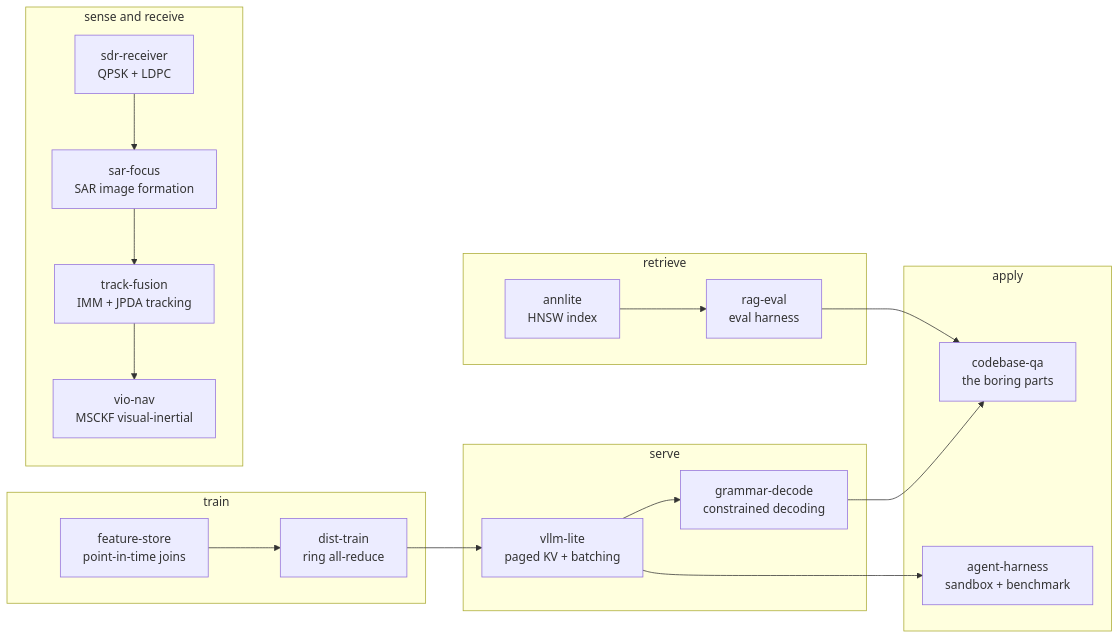
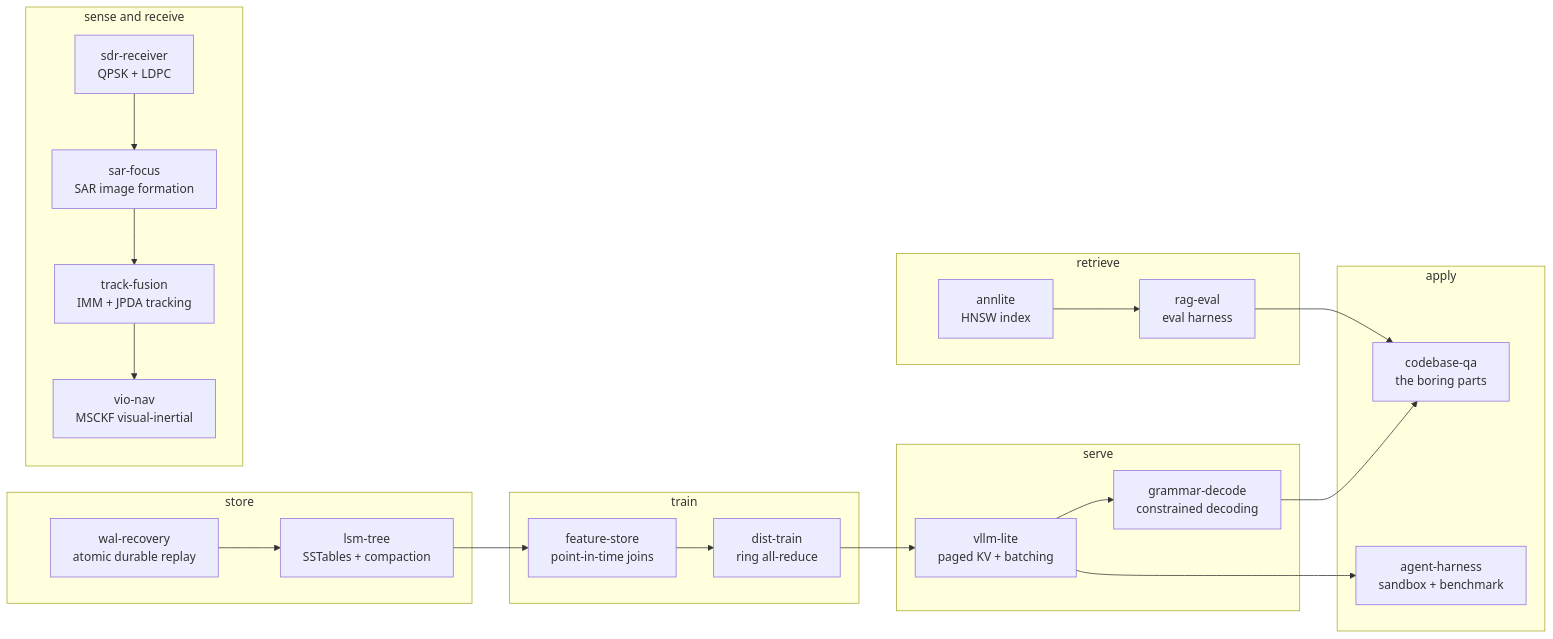
One commit to asp53826/asp53826 changed the diagram in README.md. Above: the diagram before and after it, drawn with Mermaid. The commit also changed other lines of this file and 4 other files, not shown here.

````diff
--- a/README.md
+++ b/README.md
@@ -58,31 +60,35 @@
 ```mermaid
 flowchart LR
+  subgraph STORE [store]
+    M[wal-recovery<br/>atomic durable replay]
+    N[lsm-tree<br/>SSTables + compaction]
+  end
   subgraph TRAIN [train]
     B[feature-store<br/>point-in-time joins]
     A[dist-train<br/>ring all-reduce]
   end
   subgraph SERVE [serve]
     C[vllm-lite<br/>paged KV + batching]
     D[grammar-decode<br/>constrained decoding]
   end
   subgraph RETRIEVE [retrieve]
     E[annlite<br/>HNSW index]
     F[rag-eval<br/>eval harness]
   end
   subgraph APPLY [apply]
     G[agent-harness<br/>sandbox + benchmark]
     H[codebase-qa<br/>the boring parts]
   end
   subgraph SIGNAL [sense and receive]
     I[sdr-receiver<br/>QPSK + LDPC]
     J[sar-focus<br/>SAR image formation]
     K[track-fusion<br/>IMM + JPDA tracking]
     L[vio-nav<br/>MSCKF visual-inertial]
   end
 
-  B --> A --> C --> D
+  M --> N --> B --> A --> C --> D
   E --> F --> H
   C --> G
   D --> H
   I --> J --> K --> L
 ```
````
